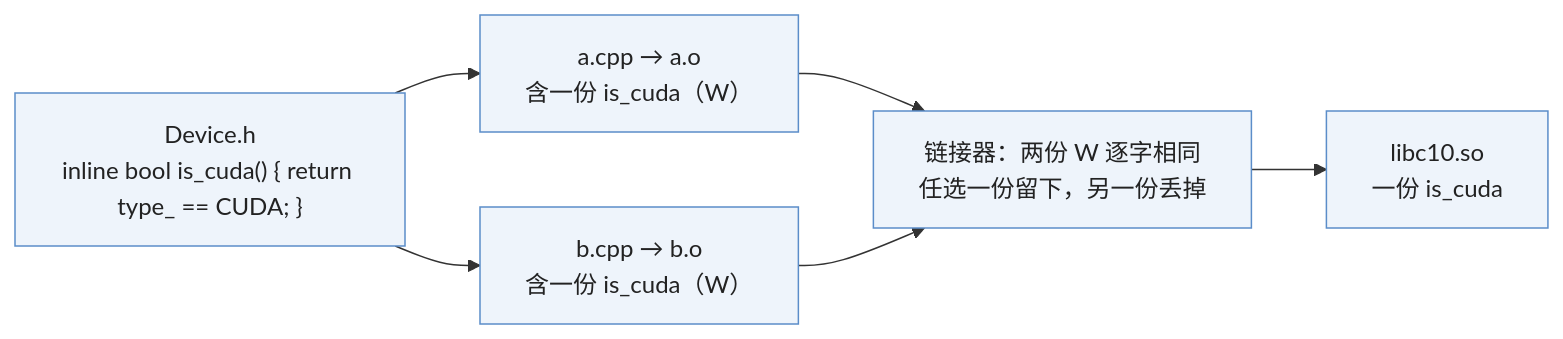
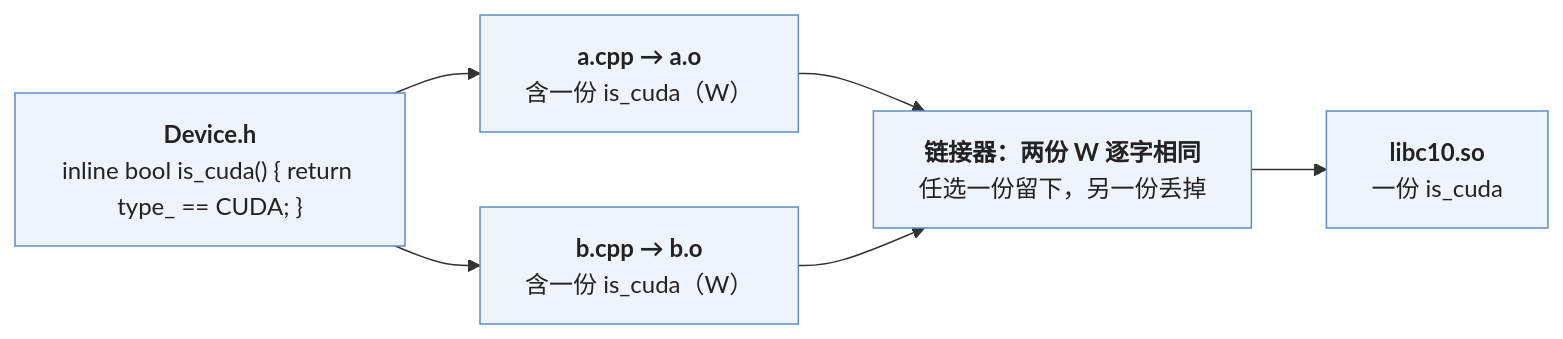
The third of 3 diagrams in _posts/2026-02-04-cpp-compilation-model-from-cpp-to-shared-object.md (arganzheng/arganzheng.github.com), drawn with Mermaid before and after one commit. The commit also changed other lines of this file and 7 other files, not shown here.

First line of the commit message:
C++ 在 AI-Infra：从对象模型到算子扩展：Mermaid 多行方框的首行标为标题（8 篇）

````diff
--- a/_posts/2026-02-04-cpp-compilation-model-from-cpp-to-shared-object.md
+++ b/_posts/2026-02-04-cpp-compilation-model-from-cpp-to-shared-object.md
@@ -538,12 +538,12 @@
 ```mermaid
 %% inline 函数为什么可以有多份定义：每个翻译单元各编一份，链接器按逐字相同的假定合并
 flowchart LR
-    H["Device.h<br/>inline bool is_cuda() { return type_ == CUDA; }"]
-    H --> A["a.cpp → a.o<br/>含一份 is_cuda（W）"]
-    H --> B["b.cpp → b.o<br/>含一份 is_cuda（W）"]
-    A --> L["链接器：两份 W 逐字相同<br/>任选一份留下，另一份丢掉"]
+    H["<b>Device.h</b><br/>inline bool is_cuda() { return type_ == CUDA; }"]
+    H --> A["<b>a.cpp → a.o</b><br/>含一份 is_cuda（W）"]
+    H --> B["<b>b.cpp → b.o</b><br/>含一份 is_cuda（W）"]
+    A --> L["<b>链接器：两份 W 逐字相同</b><br/>任选一份留下，另一份丢掉"]
     B --> L
-    L --> OUT["libc10.so<br/>一份 is_cuda"]
+    L --> OUT["<b>libc10.so</b><br/>一份 is_cuda"]
     classDef box fill:#eef4fb,stroke:#5b8dc9,color:#222
     class H,A,B,L,OUT box
 ```
````
